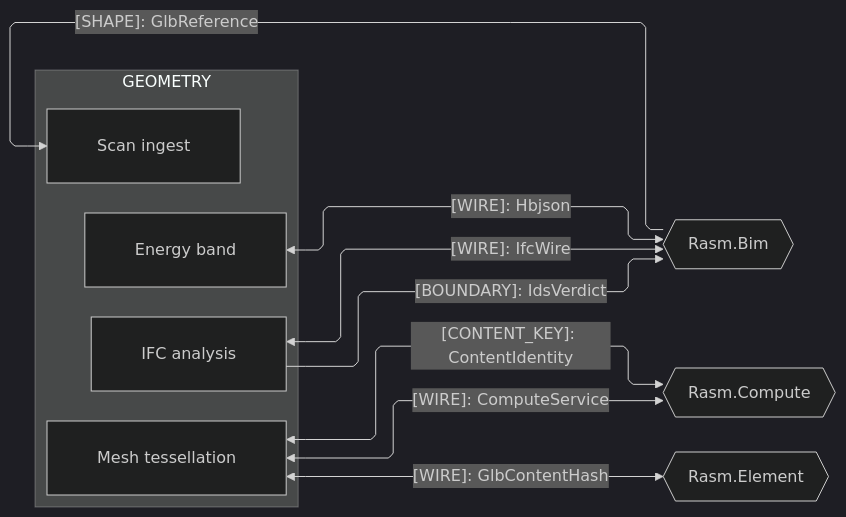
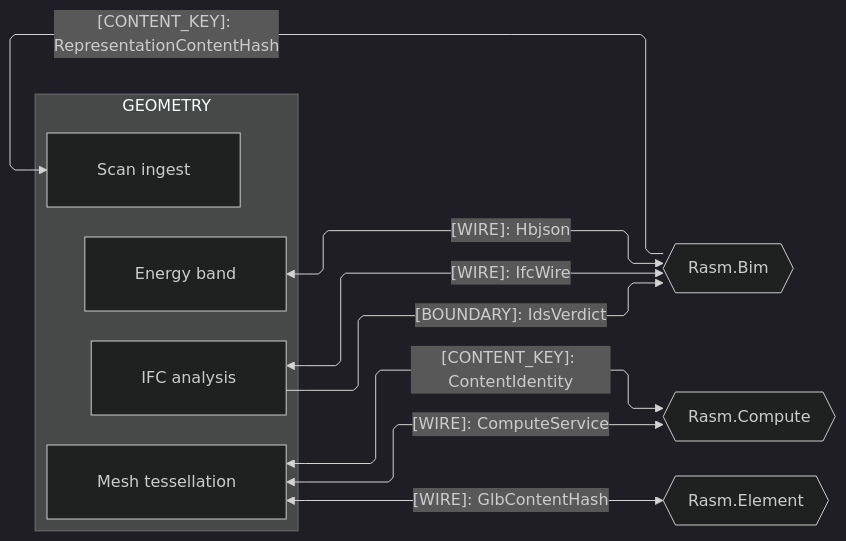
The second of 3 diagrams in libs/python/geometry/ARCHITECTURE.md (bsamiee/Rasm), drawn with Mermaid (dark theme) before and after one commit. The commit also changed other lines of this file and 486 other files, not shown here.

````diff
--- a/libs/python/geometry/ARCHITECTURE.md
+++ b/libs/python/geometry/ARCHITECTURE.md
@@ -88,28 +88,28 @@
 ```mermaid
 ---
 config:
   layout: elk
   flowchart:
     curve: linear
     padding: 25
 ---
 flowchart LR
     accTitle: Geometry cross-runtime C# peer seams
     accDescr: Geometry sub-domain owners exchanging tessellation wires, content keys, IFC crossings, and validation evidence with the C# peers.
     subgraph geometry[GEOMETRY]
         Mesh[Mesh tessellation]
         Ifc[IFC analysis]
         Scan[Scan ingest]
         Energy[Energy band]
     end
     Bim{{Rasm.Bim}}
     Compute{{Rasm.Compute}}
     Element{{Rasm.Element}}
     Mesh e1@<-->|"[WIRE]: ComputeService"| Compute
     Mesh e2@<-->|"[CONTENT_KEY]: ContentIdentity"| Compute
     Mesh e3@<-->|"[WIRE]: GlbContentHash"| Element
     Ifc e4@<-->|"[WIRE]: IfcWire"| Bim
     Ifc e5@-->|"[BOUNDARY]: IdsVerdict"| Bim
-    Bim e6@-->|"[SHAPE]: GlbReference"| Scan
+    Bim e6@-->|"[CONTENT_KEY]: RepresentationContentHash"| Scan
     Energy e7@<-->|"[WIRE]: Hbjson"| Bim
 ```
````
